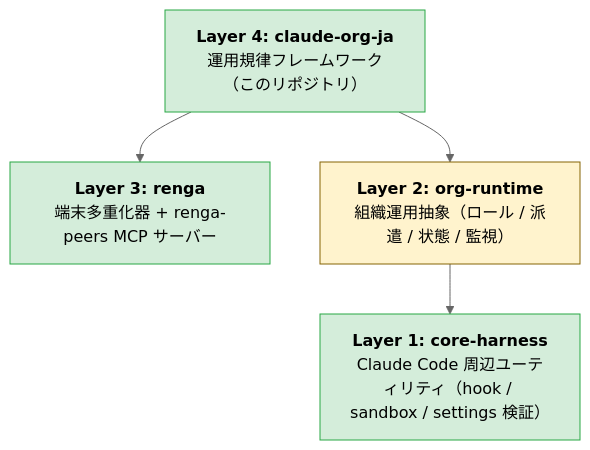
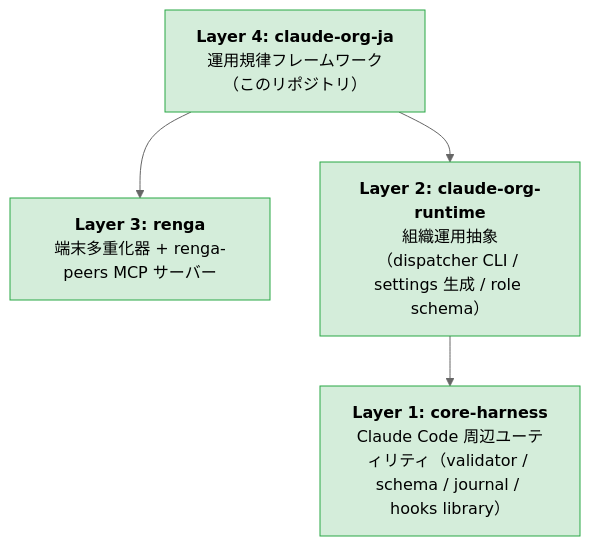
The diagram in README.md (suisya-systems/claude-org-ja), drawn with Mermaid (neutral theme) before and after one commit. The commit also changed other lines of this file and 3 other files, not shown here.

````diff
--- a/README.md
+++ b/README.md
@@ -26,16 +26,14 @@
 ```mermaid
 flowchart TD
     L4["<b>Layer 4: claude-org-ja</b><br/>運用規律フレームワーク（このリポジトリ）"]
     L3["<b>Layer 3: renga</b><br/>端末多重化器 + renga-peers MCP サーバー"]
-    L2["<b>Layer 2: org-runtime</b><br/>組織運用抽象（ロール / 派遣 / 状態 / 監視）"]
-    L1["<b>Layer 1: core-harness</b><br/>Claude Code 周辺ユーティリティ（hook / sandbox / settings 検証）"]
+    L2["<b>Layer 2: claude-org-runtime</b><br/>組織運用抽象（dispatcher CLI / settings 生成 / role schema）"]
+    L1["<b>Layer 1: core-harness</b><br/>Claude Code 周辺ユーティリティ（validator / schema / journal / hooks library）"]
 
     L4 --> L3
     L4 --> L2
     L2 --> L1
 
     classDef shipped fill:#d4edda,stroke:#28a745,color:#000
-    classDef planned fill:#fff3cd,stroke:#856404,color:#000
-    class L4,L3,L1 shipped
-    class L2 planned
+    class L1,L2,L3,L4 shipped
 ```
````
